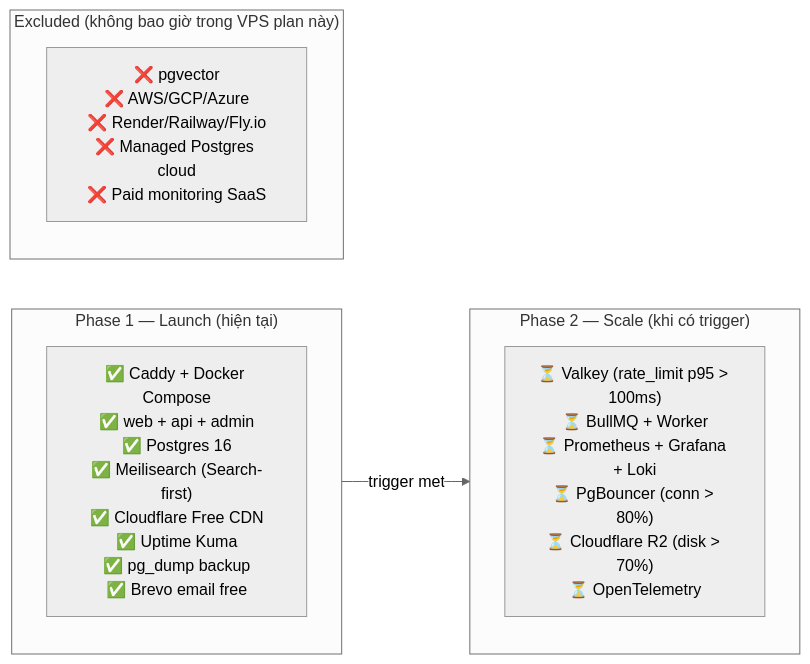
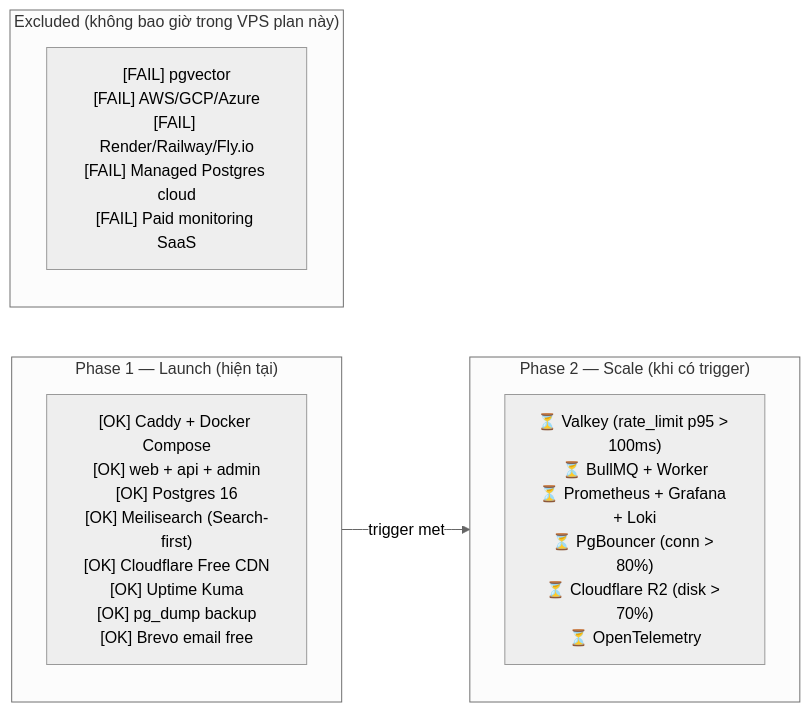
Before and after one commit to QuyenVjp/PMTL_VN: the third of 3 diagrams in design/visuals/VPS_FULL_STACK_CYLINDER.md, drawn with Mermaid (neutral theme). The commit also changed other lines of this file and 158 other files, not shown here.

````diff
--- a/design/visuals/VPS_FULL_STACK_CYLINDER.md
+++ b/design/visuals/VPS_FULL_STACK_CYLINDER.md
@@ -119,16 +119,16 @@
 ```mermaid
 graph LR
   subgraph Phase1["Phase 1 — Launch (hiện tại)"]
-    P1["✅ Caddy + Docker Compose\n✅ web + api + admin\n✅ Postgres 16\n✅ Meilisearch (Search-first)\n✅ Cloudflare Free CDN\n✅ Uptime Kuma\n✅ pg_dump backup\n✅ Brevo email free"]
+    P1["[OK] Caddy + Docker Compose\n[OK] web + api + admin\n[OK] Postgres 16\n[OK] Meilisearch (Search-first)\n[OK] Cloudflare Free CDN\n[OK] Uptime Kuma\n[OK] pg_dump backup\n[OK] Brevo email free"]
   end
 
   subgraph Phase2["Phase 2 — Scale (khi có trigger)"]
     P2["⏳ Valkey (rate_limit p95 > 100ms)\n⏳ BullMQ + Worker\n⏳ Prometheus + Grafana + Loki\n⏳ PgBouncer (conn > 80%)\n⏳ Cloudflare R2 (disk > 70%)\n⏳ OpenTelemetry"]
   end
 
   subgraph Excluded["Excluded (không bao giờ trong VPS plan này)"]
-    EX["❌ pgvector\n❌ AWS/GCP/Azure\n❌ Render/Railway/Fly.io\n❌ Managed Postgres cloud\n❌ Paid monitoring SaaS"]
+    EX["[FAIL] pgvector\n[FAIL] AWS/GCP/Azure\n[FAIL] Render/Railway/Fly.io\n[FAIL] Managed Postgres cloud\n[FAIL] Paid monitoring SaaS"]
   end
 
   Phase1 -->|"trigger met"| Phase2
 ```
````
